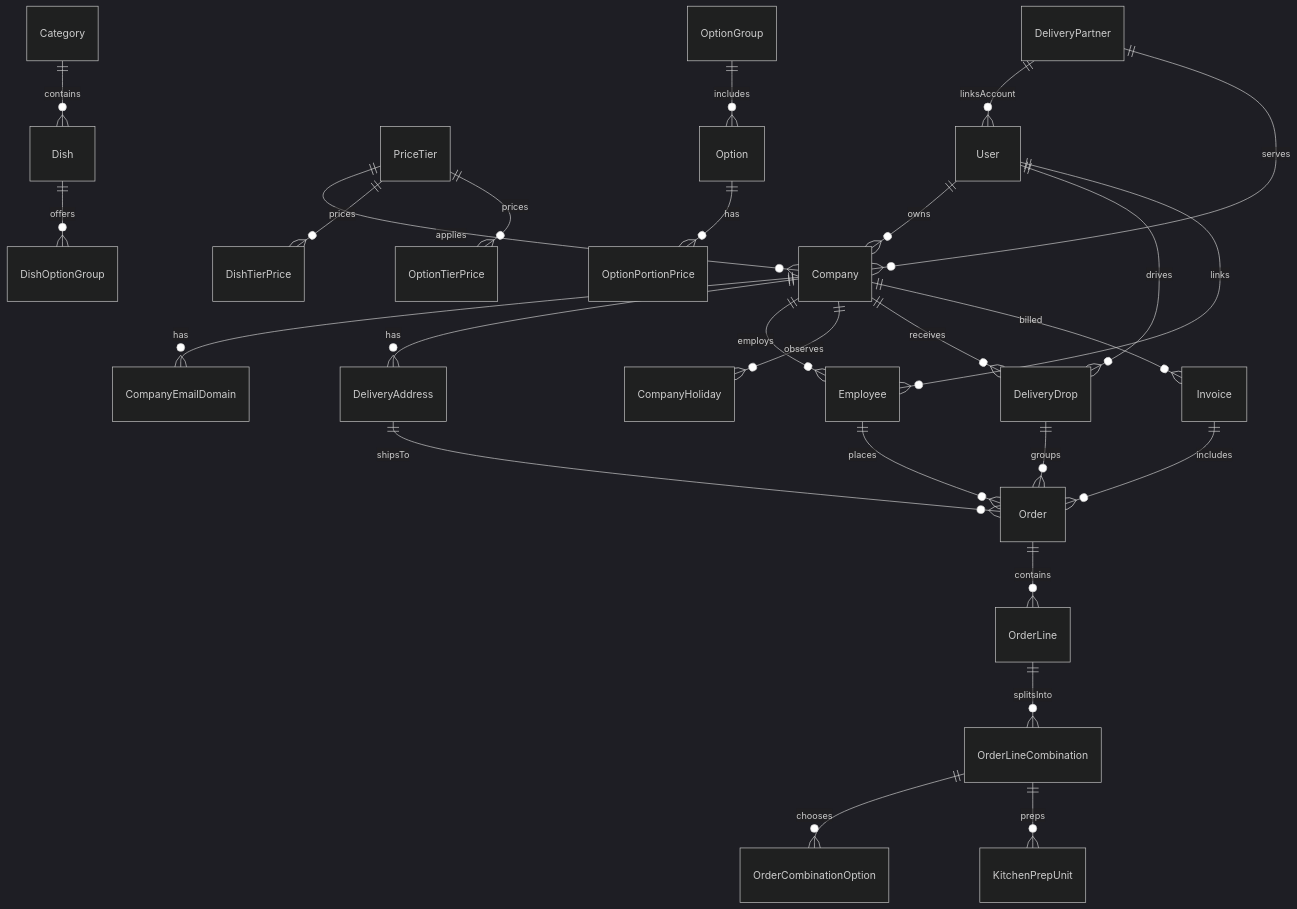
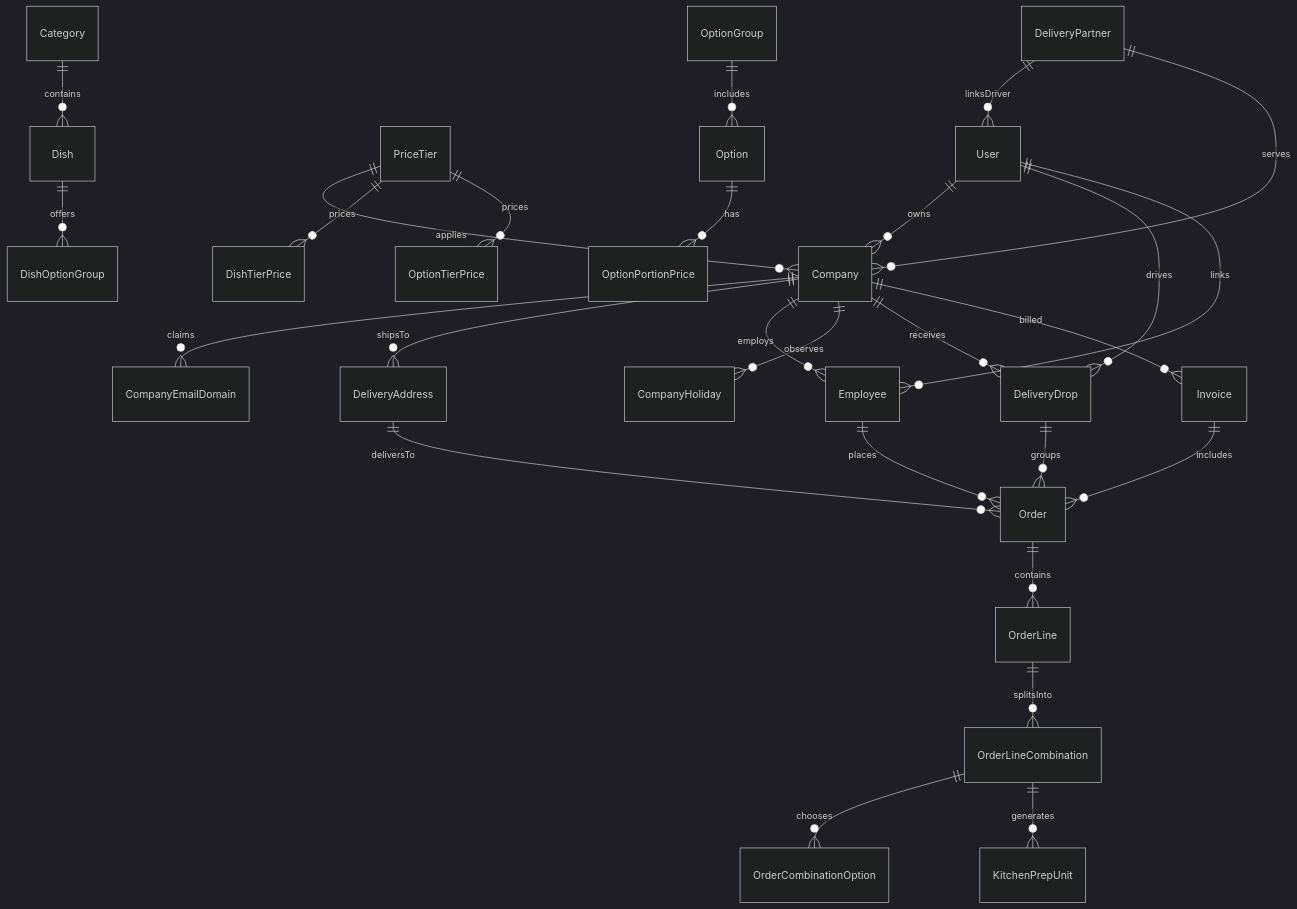
Before and after one commit to neel040205-np/fernleaf-kitchen-ops: the second of 2 diagrams in README.md, drawn with Mermaid (dark theme). The commit also changed other lines of this file and 1 other file, not shown here.

````diff
--- a/README.md
+++ b/README.md
@@ -88,29 +107,29 @@
 ```mermaid
 erDiagram
     User ||--o{ Company : "owns"
     User ||--o{ DeliveryDrop : "drives"
     User ||--o{ Employee : "links"
-    Company ||--o{ CompanyEmailDomain : "has"
-    Company ||--o{ DeliveryAddress : "has"
+    Company ||--o{ CompanyEmailDomain : "claims"
+    Company ||--o{ DeliveryAddress : "shipsTo"
     Company ||--o{ Employee : "employs"
     Company ||--o{ CompanyHoliday : "observes"
     Company ||--o{ DeliveryDrop : "receives"
     Company ||--o{ Invoice : "billed"
     PriceTier ||--o{ Company : "applies"
     PriceTier ||--o{ DishTierPrice : "prices"
     PriceTier ||--o{ OptionTierPrice : "prices"
     Category ||--o{ Dish : "contains"
     Dish ||--o{ DishOptionGroup : "offers"
     OptionGroup ||--o{ Option : "includes"
     Option ||--o{ OptionPortionPrice : "has"
     Employee ||--o{ Order : "places"
-    DeliveryAddress ||--o{ Order : "shipsTo"
+    DeliveryAddress ||--o{ Order : "deliversTo"
     Order ||--o{ OrderLine : "contains"
     OrderLine ||--o{ OrderLineCombination : "splitsInto"
     OrderLineCombination ||--o{ OrderCombinationOption : "chooses"
-    OrderLineCombination ||--o{ KitchenPrepUnit : "preps"
+    OrderLineCombination ||--o{ KitchenPrepUnit : "generates"
     DeliveryDrop ||--o{ Order : "groups"
     Invoice ||--o{ Order : "includes"
-    DeliveryPartner ||--o{ User : "linksAccount"
+    DeliveryPartner ||--o{ User : "linksDriver"
     DeliveryPartner ||--o{ Company : "serves"
 ```
````
